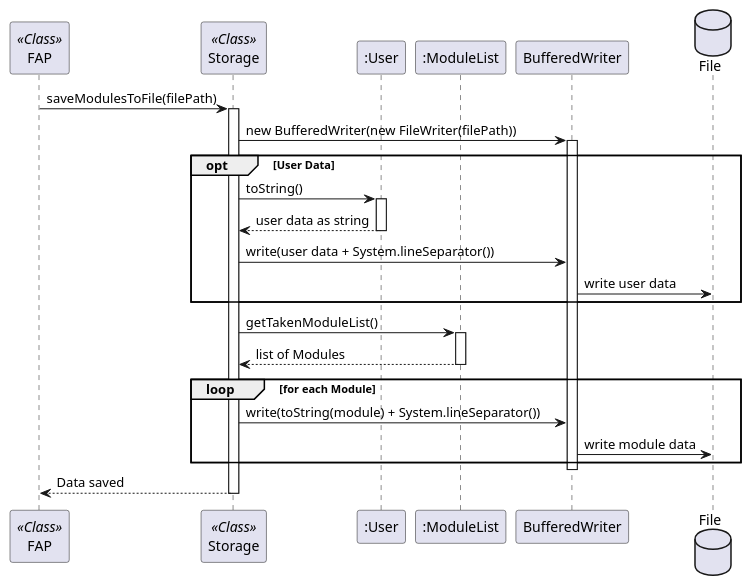
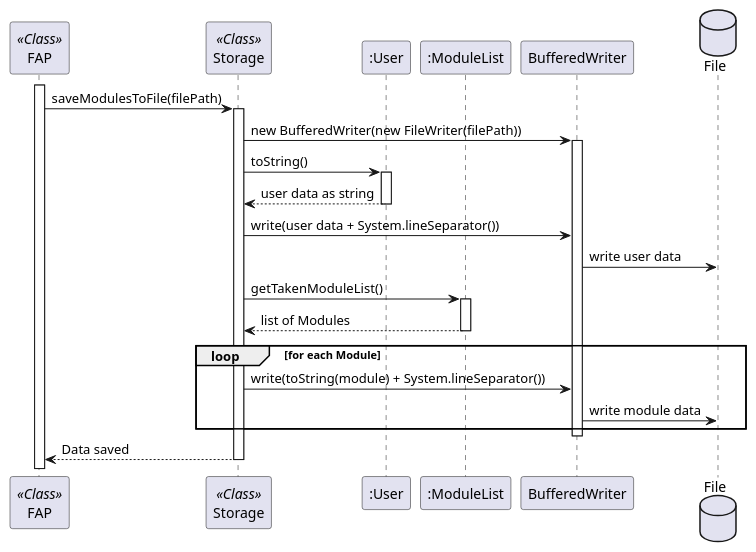
The diagram in docs/diagrams/StorageSequenceDiagram.puml (fungg0/tp), drawn with PlantUML before and after one commit. The commit also changed 11 other files, not shown here.

Commit message:
Modify the png/uml diagrams

```diff
--- a/docs/diagrams/StorageSequenceDiagram.puml
+++ b/docs/diagrams/StorageSequenceDiagram.puml
@@ -1,38 +1,39 @@
 @startuml
 participant FAP as FAP <<Class>>
 participant "Storage" as Storage <<Class>>
 participant ":User" as User
 participant ":ModuleList" as ModuleList
 participant "BufferedWriter" as BW
 database "File" as File
 
+activate FAP
 FAP -> Storage : saveModulesToFile(filePath)
 activate Storage
 
 Storage -> BW : new BufferedWriter(new FileWriter(filePath))
 activate BW
 
-opt User Data
-    Storage -> User : toString()
-    activate User
-    User --> Storage : user data as string
-    deactivate User
-    Storage -> BW : write(user data + System.lineSeparator())
-    BW -> File : write user data
-end
+
+Storage -> User : toString()
+activate User
+User --> Storage : user data as string
+deactivate User
+Storage -> BW : write(user data + System.lineSeparator())
+BW -> File : write user data
+
 
 Storage -> ModuleList : getTakenModuleList()
 activate ModuleList
 ModuleList --> Storage : list of Modules
 deactivate ModuleList
 
 loop for each Module
     Storage -> BW : write(toString(module) + System.lineSeparator())
     BW -> File : write module data
 end
 
 deactivate BW
 Storage --> FAP : Data saved
 deactivate Storage
 
 @enduml
```
